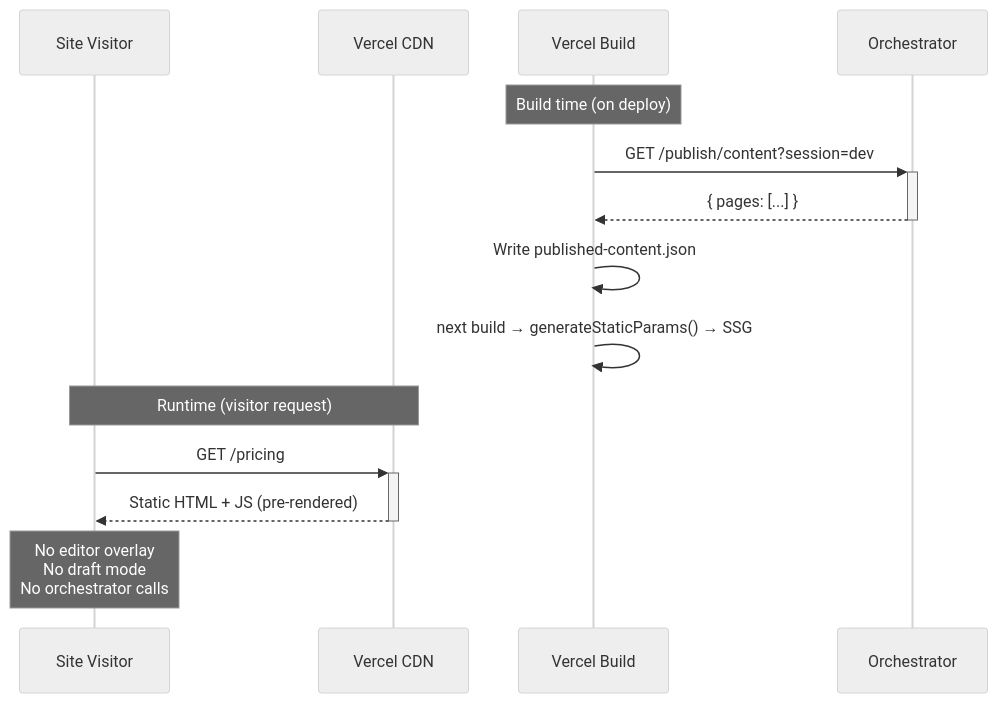
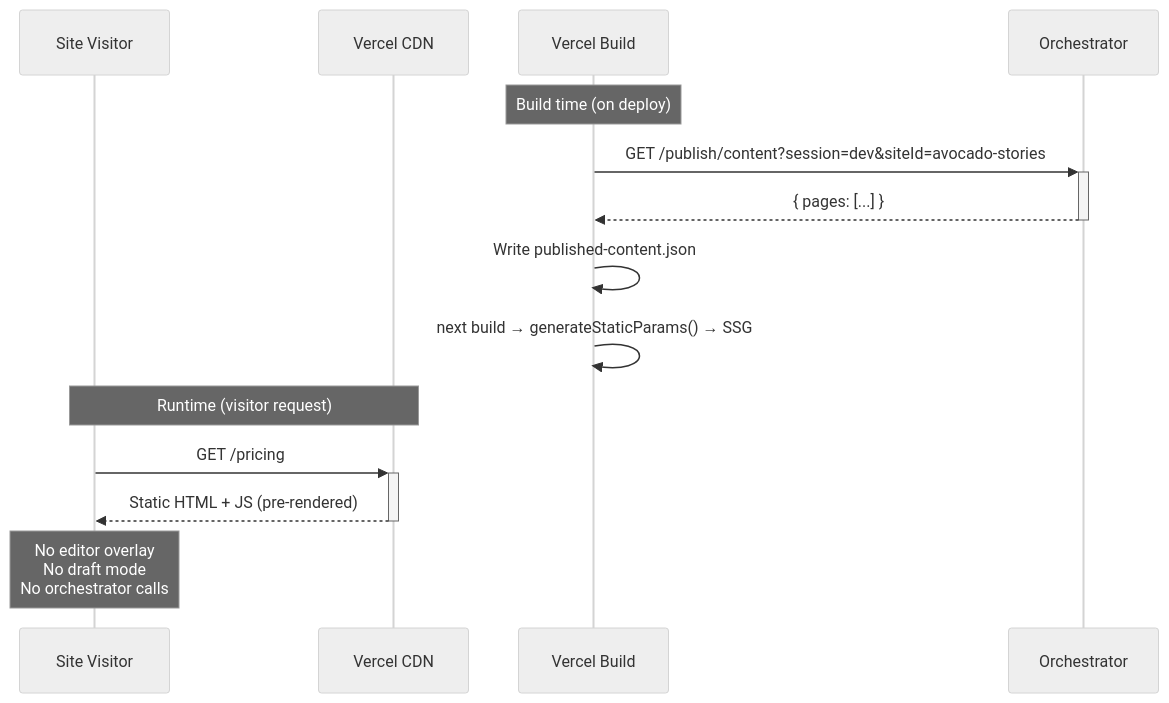
One commit to avocadostudio-ai/avocado changed the third of 4 diagrams in docs/architecture-c4.md. Above: the diagram before and after it, drawn with Mermaid (neutral theme). The commit also changed 20 other files, not shown here.

````diff
--- a/docs/architecture-c4.md
+++ b/docs/architecture-c4.md
@@ -62,17 +62,17 @@
 ```mermaid
 sequenceDiagram
     participant V as Site Visitor
     participant CDN as Vercel CDN
     participant Build as Vercel Build
 
     Note over Build: Build time (on deploy)
-    Build->>+Orchestrator: GET /publish/content?session=dev
+    Build->>+Orchestrator: GET /publish/content?session=dev&siteId=avocado-stories
     Orchestrator-->>-Build: { pages: [...] }
     Build->>Build: Write published-content.json
     Build->>Build: next build → generateStaticParams() → SSG
 
     Note over V,CDN: Runtime (visitor request)
     V->>+CDN: GET /pricing
     CDN-->>-V: Static HTML + JS (pre-rendered)
     Note over V: No editor overlay<br/>No draft mode<br/>No orchestrator calls
 ```
````
